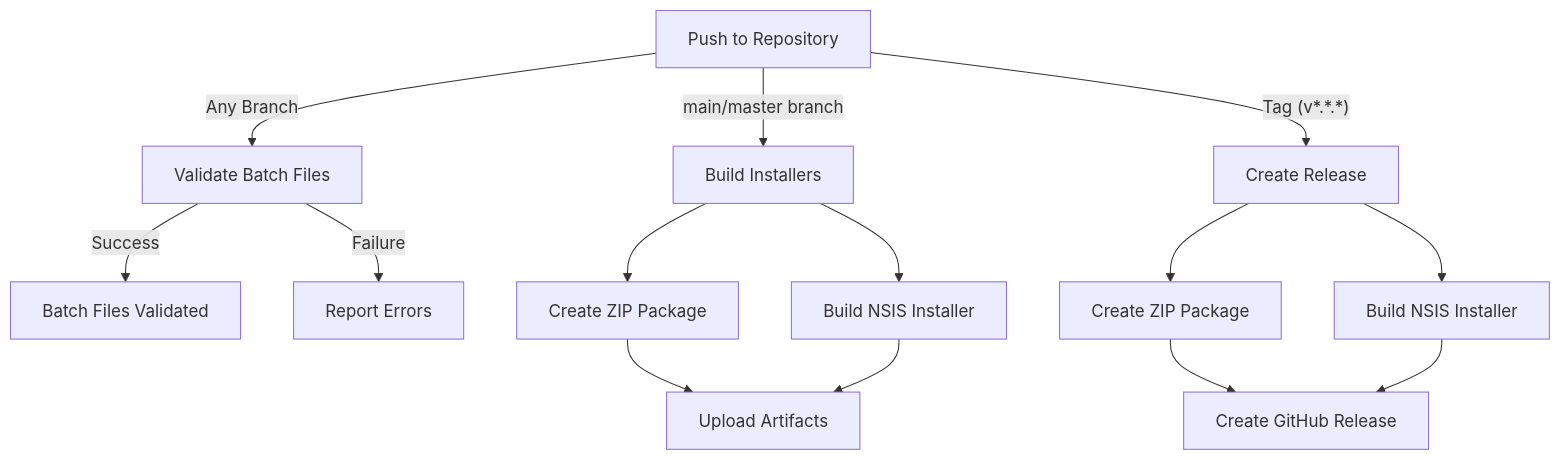
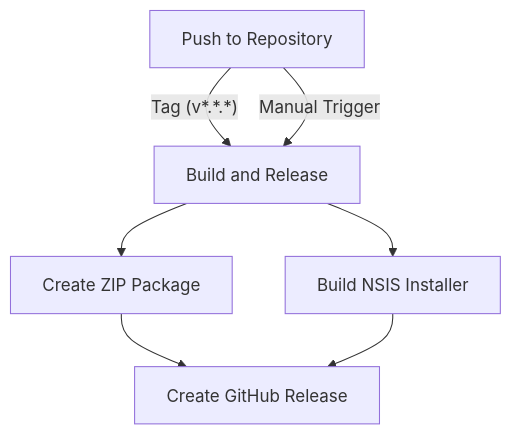
One commit to LoveDoLove/EasyKit changed the diagram in README.md. Above: the diagram before and after it, drawn with Mermaid. The commit also changed other lines of this file and 5 other files, not shown here.

Commit message:
Fix build and release

````diff
--- a/README.md
+++ b/README.md
@@ -162,19 +161,11 @@
 ```mermaid
 flowchart TD
-    A[Push to Repository] -->|Any Branch| B[Validate Batch Files]
-    A -->|"main/master branch"| C[Build Installers]
-    A -->|"Tag (v*.*.*)"|D[Create Release]
+    A[Push to Repository] -->|"Tag (v*.*.*)"|B[Build and Release]
+    A -->|"Manual Trigger"|B
     
-    B -->|Success| B1[Batch Files Validated]
-    B -->|Failure| B2[Report Errors]
+    B --> C1[Create ZIP Package]
+    B --> C2[Build NSIS Installer]
     
-    C --> C1[Create ZIP Package]
-    C --> C2[Build NSIS Installer]
-    C1 --> C3[Upload Artifacts]
-    C2 --> C3
-    
-    D --> D1[Create ZIP Package]
-    D --> D2[Build NSIS Installer]
-    D1 --> D3[Create GitHub Release]
-    D2 --> D3
+    C1 --> D[Create GitHub Release]
+    C2 --> D
 ```
````
